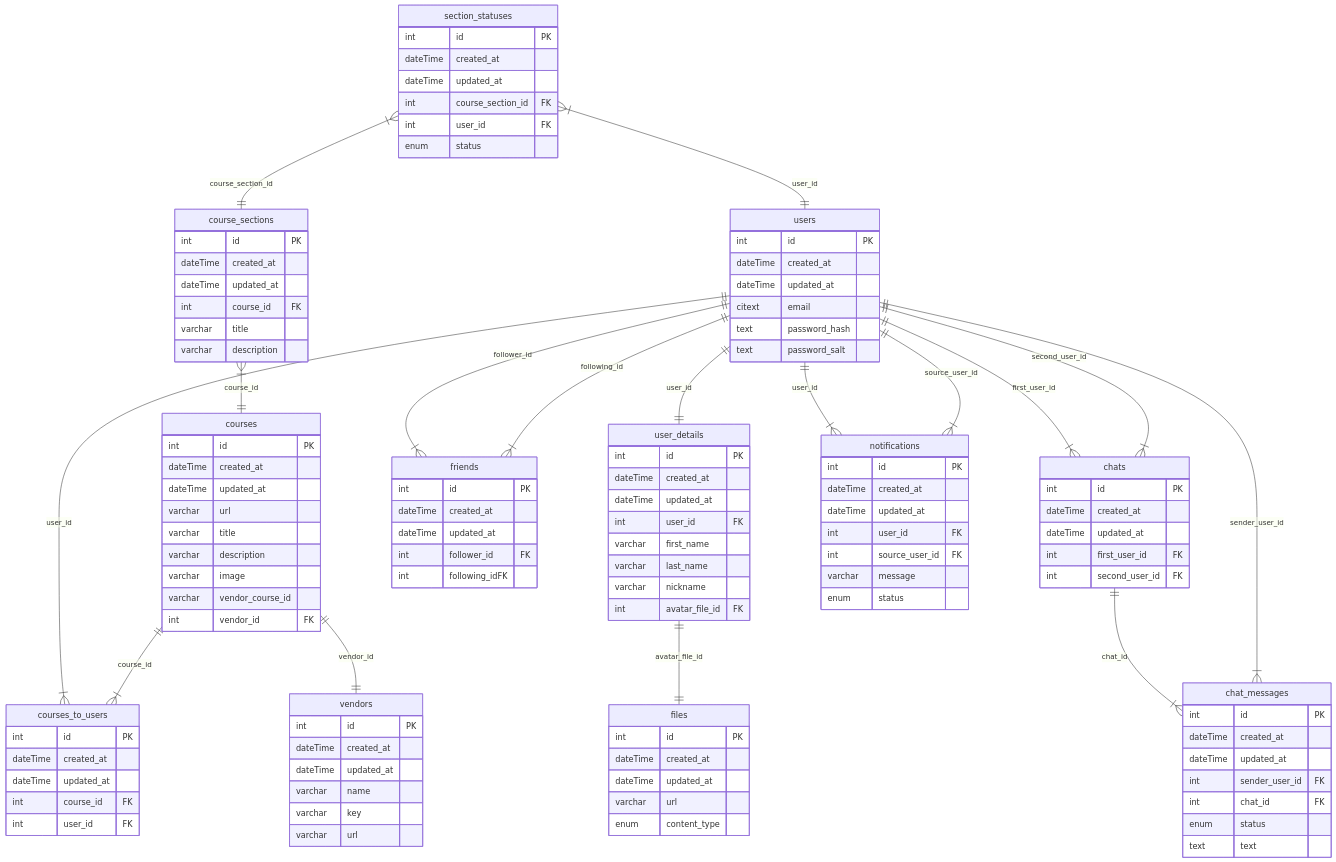
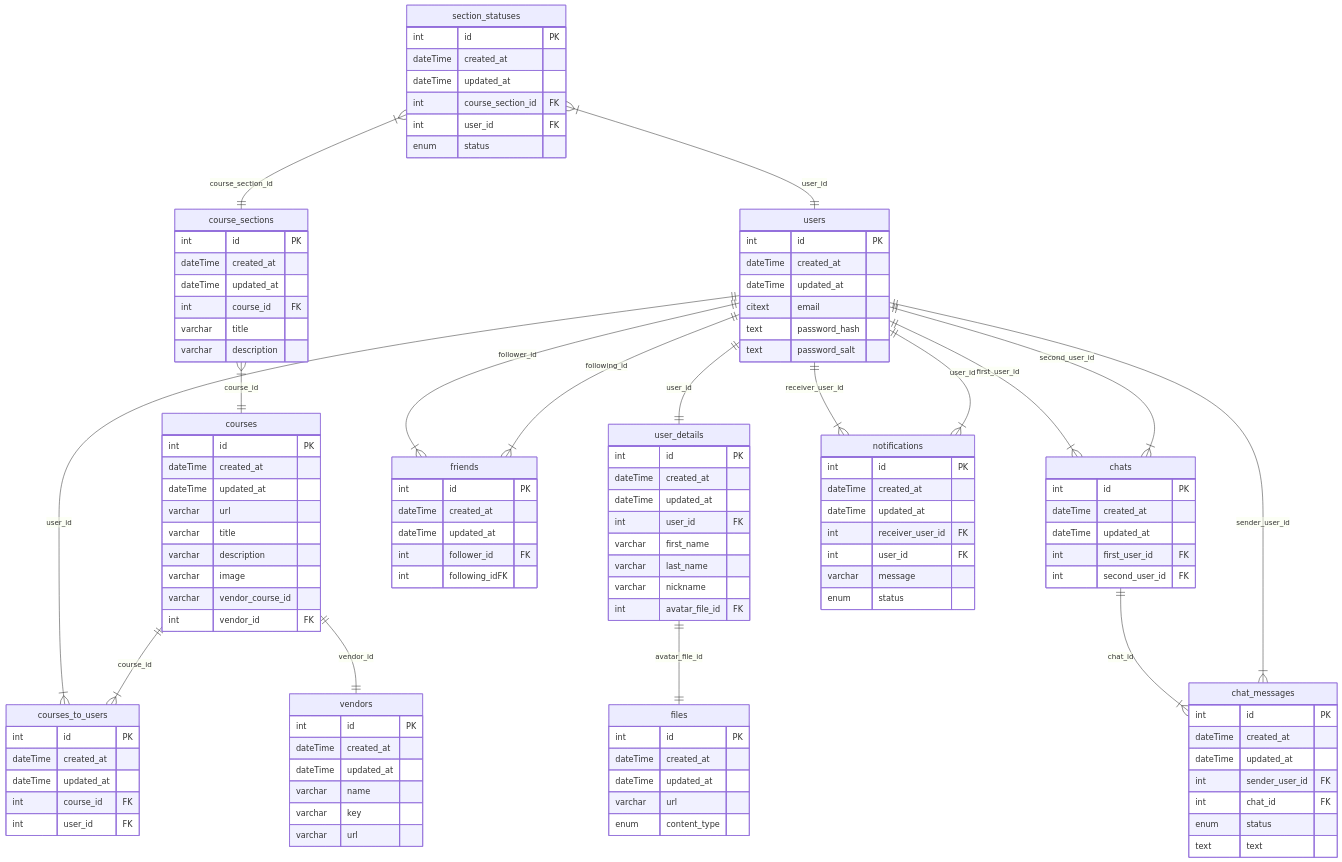
One commit to BinaryStudioAcademy/bsa-winter-2023-2024-trackmates changed the diagram in readme.md. Above: the diagram before and after it, drawn with Mermaid. The commit also changed 1 other file, not shown here.

Commit message:
fix(backend): fix column names in swagger docs and in the readme tm-198

````diff
--- a/readme.md
+++ b/readme.md
@@ -130,8 +130,8 @@
     int id PK
     dateTime created_at
     dateTime updated_at
+    int receiver_user_id FK
     int user_id FK
-    int source_user_id FK
     varchar message
     enum status
    }
@@ -158,6 +158,6 @@
    section_statuses }|--|| course_sections : course_section_id
    section_statuses }|--|| users : user_id
 
+   users ||--|{ notifications : receiver_user_id
    users ||--|{ notifications : user_id
-   users ||--|{ notifications : source_user_id
 ```
````
